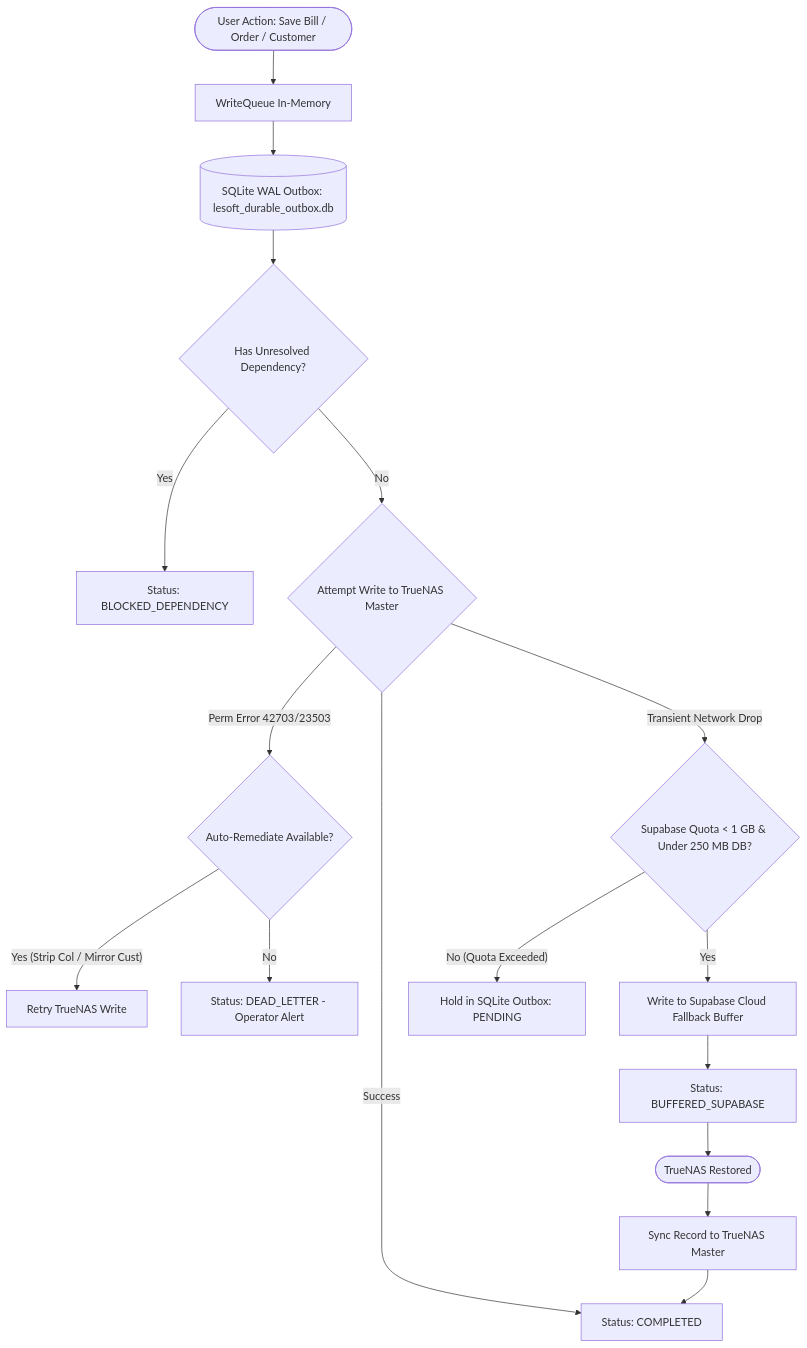
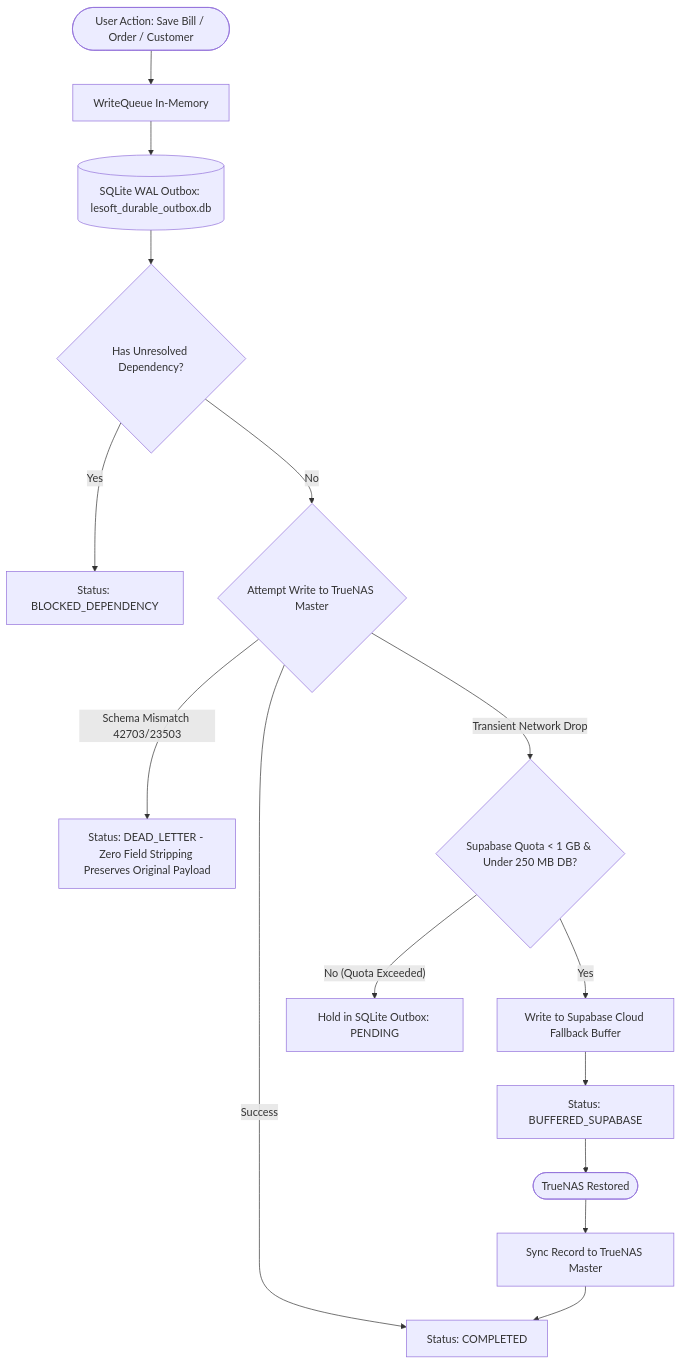
One commit to sabbir-404/Leading-Edge-ECO-System changed the second of 3 diagrams in LE-SOFT/docs/architecture/SMART-FAILOVER-UPLOADS-BUFFER-REPORT.md. Above: the diagram before and after it, drawn with Mermaid. The commit also changed other lines of this file and 21 other files, not shown here.

````diff
--- a/LE-SOFT/docs/architecture/SMART-FAILOVER-UPLOADS-BUFFER-REPORT.md
+++ b/LE-SOFT/docs/architecture/SMART-FAILOVER-UPLOADS-BUFFER-REPORT.md
@@ -100,23 +100,21 @@
 ```mermaid
 flowchart TD
     UserAction([User Action: Save Bill / Order / Customer]) --> StageMem[WriteQueue In-Memory]
     StageMem --> SQLiteOutbox[(SQLite WAL Outbox: lesoft_durable_outbox.db)]
     
     SQLiteOutbox --> CheckDep{Has Unresolved Dependency?}
     CheckDep -- Yes --> BlockDep[Status: BLOCKED_DEPENDENCY]
     CheckDep -- No --> AttemptNAS{Attempt Write to TrueNAS Master}
     
     AttemptNAS -- Success --> MarkComplete[Status: COMPLETED]
-    AttemptNAS -- Perm Error 42703/23503 --> AutoRemediate{Auto-Remediate Available?}
-    AutoRemediate -- Yes (Strip Col / Mirror Cust) --> RetryNAS[Retry TrueNAS Write]
-    AutoRemediate -- No --> DeadLetter[Status: DEAD_LETTER - Operator Alert]
+    AttemptNAS -- Schema Mismatch 42703/23503 --> DeadLetter[Status: DEAD_LETTER - Zero Field Stripping Preserves Original Payload]
     
     AttemptNAS -- Transient Network Drop --> QuotaCheck{Supabase Quota < 1 GB & Under 250 MB DB?}
     QuotaCheck -- Yes --> BufferCloud[Write to Supabase Cloud Fallback Buffer]
     QuotaCheck -- No (Quota Exceeded) --> HoldLocal[Hold in SQLite Outbox: PENDING]
     
     BufferCloud --> CloudBuffered[Status: BUFFERED_SUPABASE]
     CloudBuffered --> NASRecovery([TrueNAS Restored])
     NASRecovery --> ReconcileNAS[Sync Record to TrueNAS Master]
     ReconcileNAS --> MarkComplete
 ```
````
